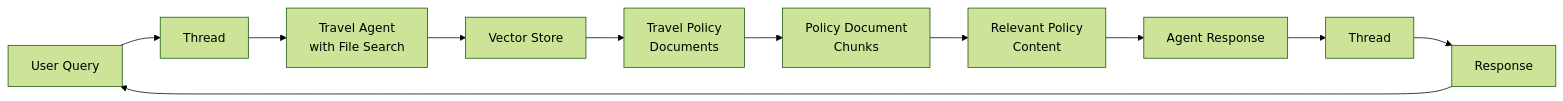
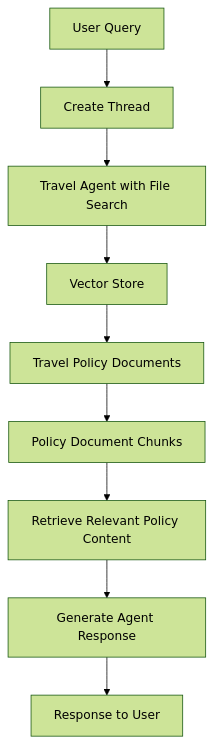
The second of 2 diagrams in Student/Challenge-05-python.md (fparpas/Developing-Agentic-AI-Apps-Hackathon), drawn with Mermaid (forest theme) before and after one commit. The commit also changed other lines of this file and 21 other files, not shown here.

````diff
--- a/Student/Challenge-05-python.md
+++ b/Student/Challenge-05-python.md
@@ -78,13 +77,12 @@
 ```mermaid
-graph LR
-    A[User Query] --> B[Thread]
-    B --> C[Travel Agent<br/>with File Search]
+graph TD
+    A[User Query]
+    A --> B[Create Thread]
+    B --> C[Travel Agent with File Search]
     C --> D[Vector Store]
-    D --> E[Travel Policy<br/>Documents]
-    E --> F[Policy Document<br/>Chunks]
-    F --> G[Relevant Policy<br/>Content]
-    G --> H[Agent Response]
-    H --> I[Thread]
-    I --> J[Response]
-    J --> A
+    D --> E[Travel Policy Documents]
+    E --> F[Policy Document Chunks]
+    F --> G[Retrieve Relevant Policy Content]
+    G --> H[Generate Agent Response]
+    H --> I[Response to User]
 ```
````
